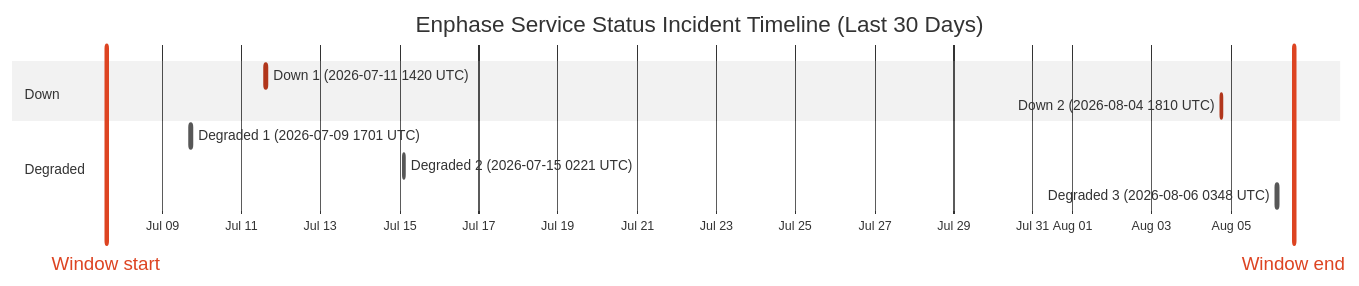
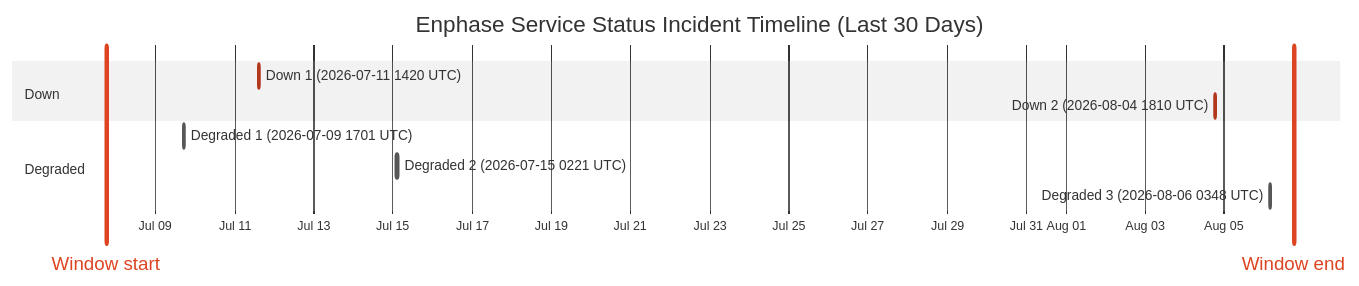
Before and after one commit to barneyonline/ha-enphase-energy: the diagram in wiki/Service-Status-History.md, drawn with Mermaid (neutral theme). The commit also changed other lines of this file and 3 other files, not shown here.

````diff
--- a/wiki/Service-Status-History.md
+++ b/wiki/Service-Status-History.md
@@ -14,15 +14,15 @@
 ```mermaid
 gantt
     title Enphase Service Status Incident Timeline (Last 30 Days)
     dateFormat  YYYY-MM-DDTHH:mm:ss
     axisFormat  %b %d
-    Window start :vert, window-start, 2026-07-07T14:04:12, 0ms
-    Window end :vert, window-end, 2026-08-06T14:04:12, 0ms
+    Window start :vert, window-start, 2026-07-07T18:12:19, 0ms
+    Window end :vert, window-end, 2026-08-06T18:12:19, 0ms
     section Down
     Down 1 (2026-07-11 1420 UTC) :crit, down-1, 2026-07-11T14:20:54, 69m
     Down 2 (2026-08-04 1810 UTC) :crit, down-2, 2026-08-04T18:10:46, 60m
     section Degraded
     Degraded 1 (2026-07-09 1701 UTC) :active, degraded-1, 2026-07-09T17:01:02, 60m
     Degraded 2 (2026-07-15 0221 UTC) :active, degraded-2, 2026-07-15T02:21:35, 60m
     Degraded 3 (2026-08-06 0348 UTC) :active, degraded-3, 2026-08-06T03:48:14, 60m
 ```
````
